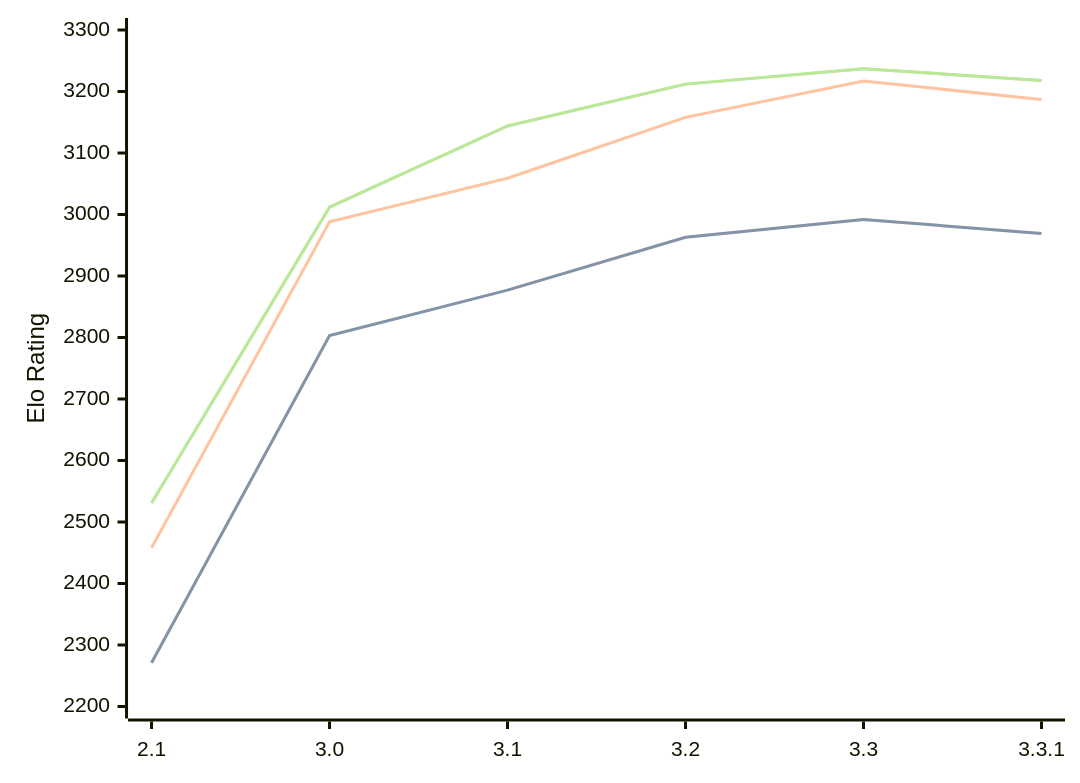
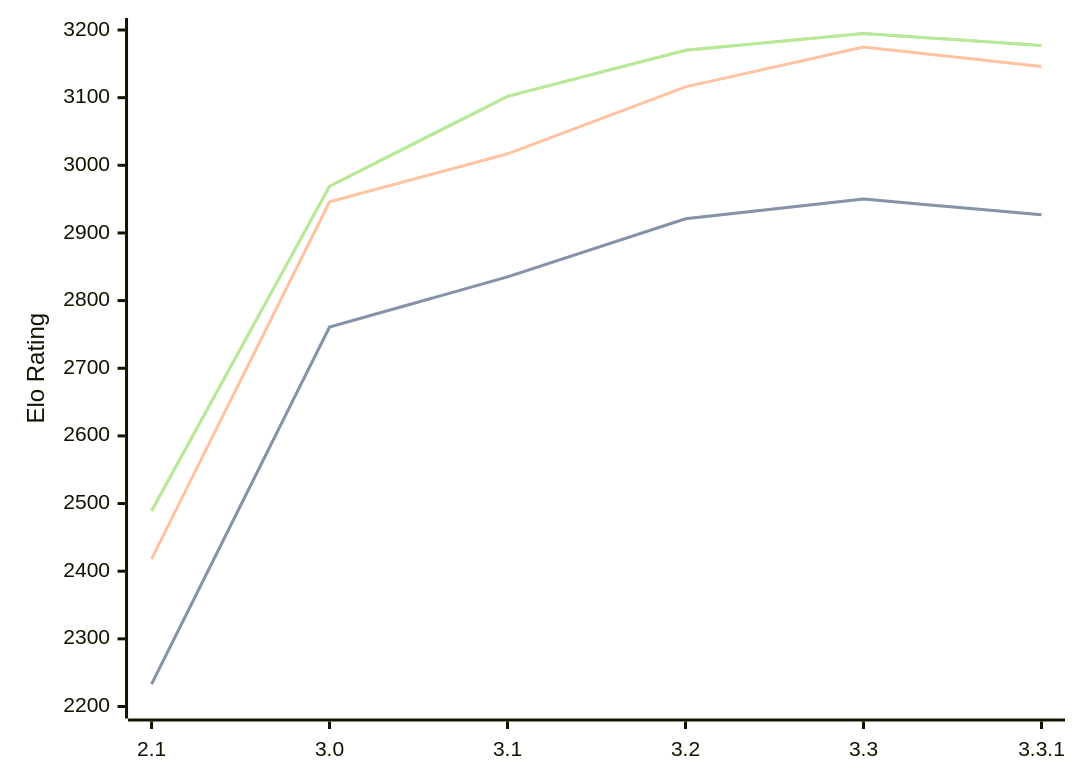
One commit to computer-chess-index/cci changed the diagram in engines/Petrel.md. Above: the diagram before and after it, drawn with Mermaid. The commit also changed other lines of this file, not shown here.

Commit message:
Update CCI Ratings (ELO VLTC) - 2026-05-19

````diff
--- a/engines/Petrel.md
+++ b/engines/Petrel.md
@@ -45,11 +45,11 @@
 ```mermaid
 %%{init: {"theme":"base","themeVariables":{"seriesColors:['#a3a3a3','#222221','#faa371']}}}%%
 xychart-beta
   x-axis ["2.1", "3.0", "3.1", "3.2", "3.3", "3.3.1"]
-  y-axis "Elo Rating" 2200 --> 3300
-  line "STC (8.0+0.08s)" [2271, 2803, 2877, 2963, 2992, 2969]
-  line "STC (8.0+0.08s)" [2271, 2803, 2877, 2963, 2992, 2969]
-  line "LTC (60.0+0.60s)" [2458, 2988, 3059, 3158, 3217, 3187]
-  line "VLTC (2m24s+1.12s)" [2531, 3012, 3144, 3212, 3237, 3218]
-  line "VLTC (2m24s+1.12s)" [2531, 3012, 3144, 3212, 3237, 3218]
+  y-axis "Elo Rating" 2200 --> 3200
+  line "STC (8.0+0.08s)" [2233, 2761, 2835, 2921, 2950, 2927]
+  line "STC (8.0+0.08s)" [2233, 2761, 2835, 2921, 2950, 2927]
+  line "LTC (60.0+0.60s)" [2418, 2946, 3017, 3116, 3175, 3146]
+  line "VLTC (2m24s+1.12s)" [2489, 2969, 3102, 3170, 3195, 3177]
+  line "VLTC (2m24s+1.12s)" [2489, 2969, 3102, 3170, 3195, 3177]
 ```
````
